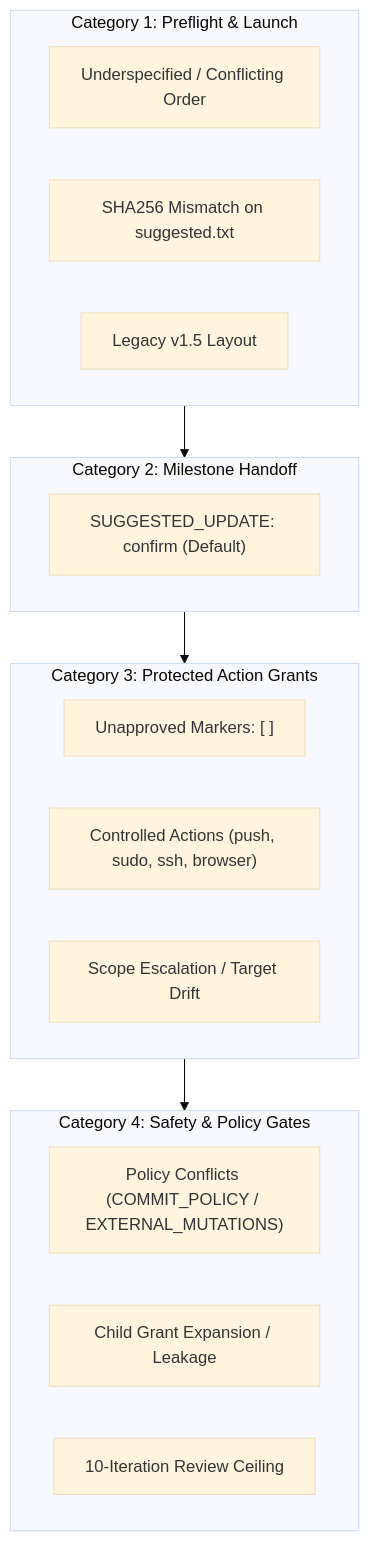
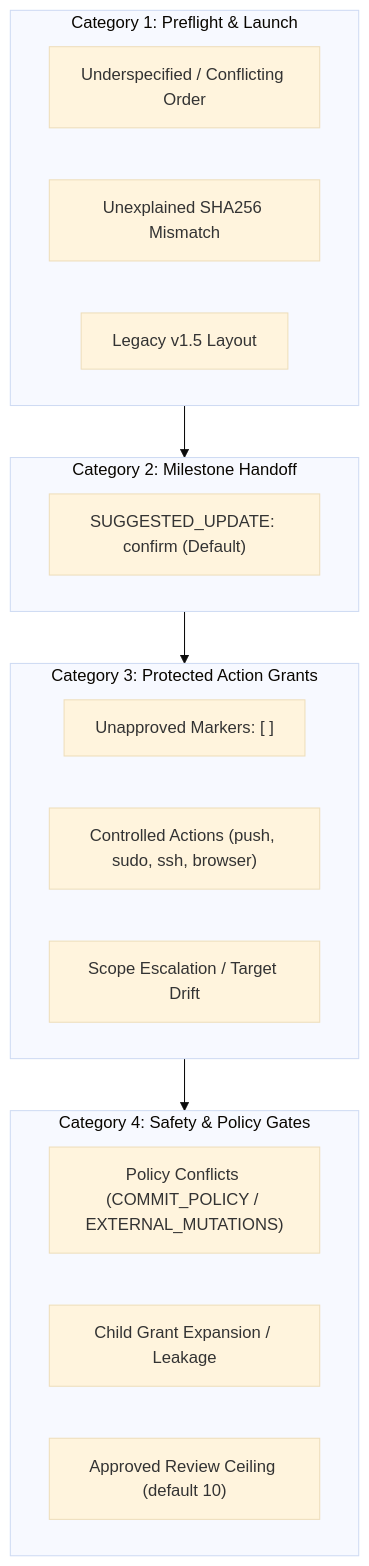
Before and after one commit to tabilet/skills: the first of 2 diagrams in docs/authorizations.md, drawn with Mermaid (base theme). The commit also changed other lines of this file and 46 other files, not shown here.

````diff
--- a/docs/authorizations.md
+++ b/docs/authorizations.md
@@ -33,28 +33,28 @@
 ```mermaid
 flowchart TD
     subgraph Launch["Category 1: Preflight & Launch"]
         A1["Underspecified / Conflicting Order"]
-        A2["SHA256 Mismatch on suggested.txt"]
+        A2["Unexplained SHA256 Mismatch"]
         A3["Legacy v1.5 Layout"]
     end
 
     subgraph MilestoneTransition["Category 2: Milestone Handoff"]
         B1["SUGGESTED_UPDATE: confirm (Default)"]
     end
 
     subgraph ProtectedActions["Category 3: Protected Action Grants"]
         C1["Unapproved Markers: [ ]"]
         C2["Controlled Actions (push, sudo, ssh, browser)"]
         C3["Scope Escalation / Target Drift"]
     end
 
     subgraph SafetyGates["Category 4: Safety & Policy Gates"]
         D1["Policy Conflicts (COMMIT_POLICY / EXTERNAL_MUTATIONS)"]
         D2["Child Grant Expansion / Leakage"]
-        D3["10-Iteration Review Ceiling"]
+        D3["Approved Review Ceiling (default 10)"]
     end
 
     Launch --> MilestoneTransition
     MilestoneTransition --> ProtectedActions
     ProtectedActions --> SafetyGates
 ```
````
